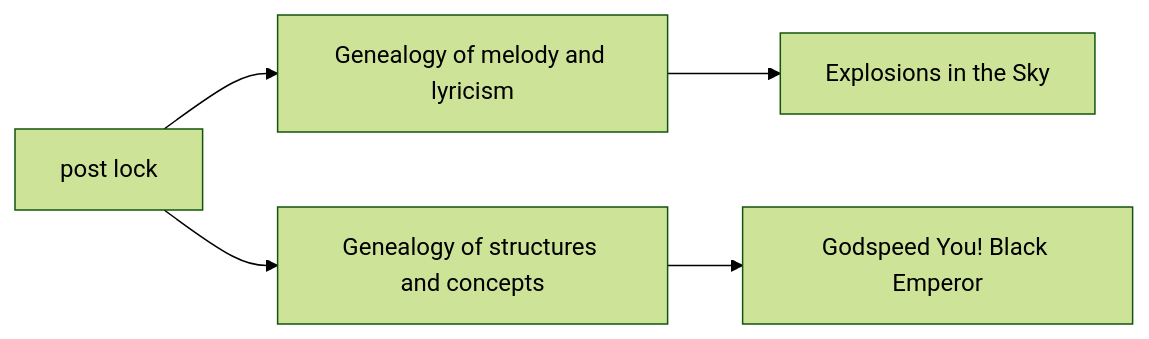
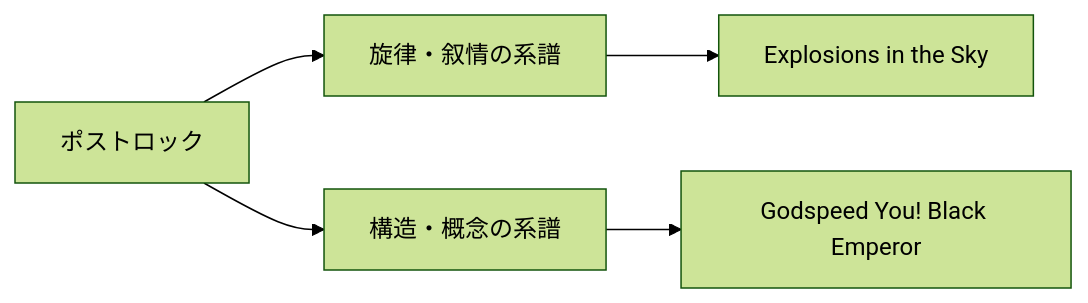
One commit to monumental-movement/monumental-movement.github.io changed the first of 2 diagrams in en/_posts/2026-01-09-column-post-rock-instrumental-cinematic-rock.md. Above: the diagram before and after it, drawn with Mermaid (forest theme). The commit also changed other lines of this file and 2196 other files, not shown here.

```diff
--- a/en/_posts/2026-01-09-column-post-rock-instrumental-cinematic-rock.md
+++ b/en/_posts/2026-01-09-column-post-rock-instrumental-cinematic-rock.md
@@ -116,7 +115,7 @@
 <div class="mermaid">
 flowchart LR
-A[post lock] --> B[Genealogy of melody and lyricism]
-A --> C[Genealogy of structures and concepts]
+A[ポストロック] --> B[旋律・叙情の系譜]
+A --> C[構造・概念の系譜]
 B --> D[Explosions in the Sky]
 C --> E[Godspeed You! Black Emperor]
 </div>
```
